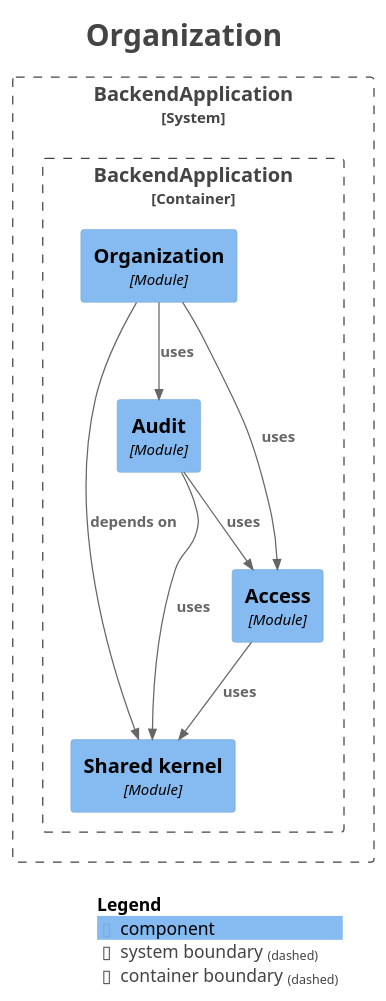
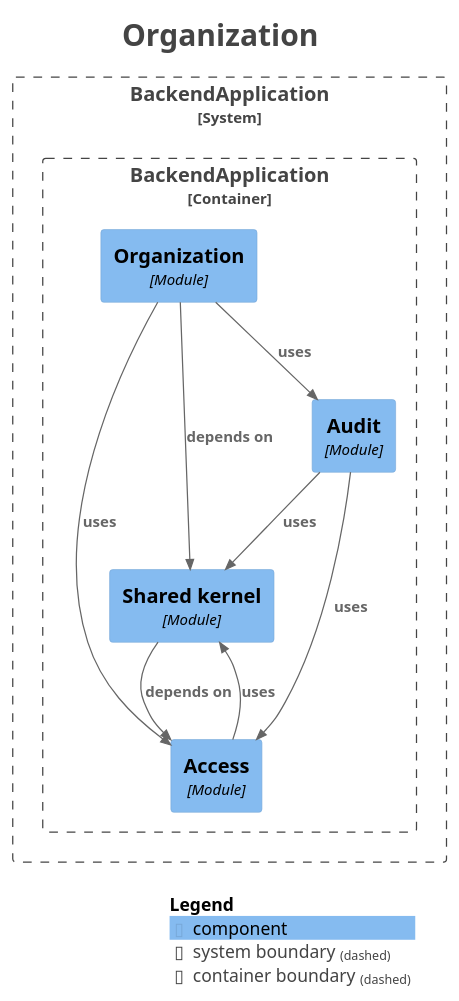
The diagram in docs/architecture/modules/module-organization.puml (fxavier/restaurantePRO), drawn with PlantUML before and after one commit. The commit also changed 33 other files, not shown here.

```diff
--- a/docs/architecture/modules/module-organization.puml
+++ b/docs/architecture/modules/module-organization.puml
@@ -1,37 +1,38 @@
 @startuml
 title <size:24>Organization</size>
 
 set separator none
 top to bottom direction
 
 <style>
   root {
     BackgroundColor: #ffffff
     FontColor: #444444
   }
 </style>
 
 !include <C4/C4>
 !include <C4/C4_Context>
 !include <C4/C4_Component>
 
 System_Boundary("BackendApplication_boundary", "BackendApplication", $tags="") {
   Container_Boundary("BackendApplication.BackendApplication_boundary", "BackendApplication", $tags="") {
+    Component(BackendApplication.BackendApplication.Organization, "Organization", $techn="Module", $descr="", $tags="", $link="")
     Component(BackendApplication.BackendApplication.Sharedkernel, "Shared kernel", $techn="Module", $descr="", $tags="", $link="")
     Component(BackendApplication.BackendApplication.Access, "Access", $techn="Module", $descr="", $tags="", $link="")
     Component(BackendApplication.BackendApplication.Audit, "Audit", $techn="Module", $descr="", $tags="", $link="")
-    Component(BackendApplication.BackendApplication.Organization, "Organization", $techn="Module", $descr="", $tags="", $link="")
   }
 
 }
 
+Rel(BackendApplication.BackendApplication.Sharedkernel, BackendApplication.BackendApplication.Access, "depends on", $techn="", $tags="", $link="")
 Rel(BackendApplication.BackendApplication.Organization, BackendApplication.BackendApplication.Sharedkernel, "depends on", $techn="", $tags="", $link="")
 Rel(BackendApplication.BackendApplication.Organization, BackendApplication.BackendApplication.Audit, "uses", $techn="", $tags="", $link="")
 Rel(BackendApplication.BackendApplication.Organization, BackendApplication.BackendApplication.Access, "uses", $techn="", $tags="", $link="")
+Rel(BackendApplication.BackendApplication.Access, BackendApplication.BackendApplication.Sharedkernel, "uses", $techn="", $tags="", $link="")
 Rel(BackendApplication.BackendApplication.Audit, BackendApplication.BackendApplication.Access, "uses", $techn="", $tags="", $link="")
 Rel(BackendApplication.BackendApplication.Audit, BackendApplication.BackendApplication.Sharedkernel, "uses", $techn="", $tags="", $link="")
-Rel(BackendApplication.BackendApplication.Access, BackendApplication.BackendApplication.Sharedkernel, "uses", $techn="", $tags="", $link="")
 
 SHOW_LEGEND(true)
 hide stereotypes
 @enduml
```
